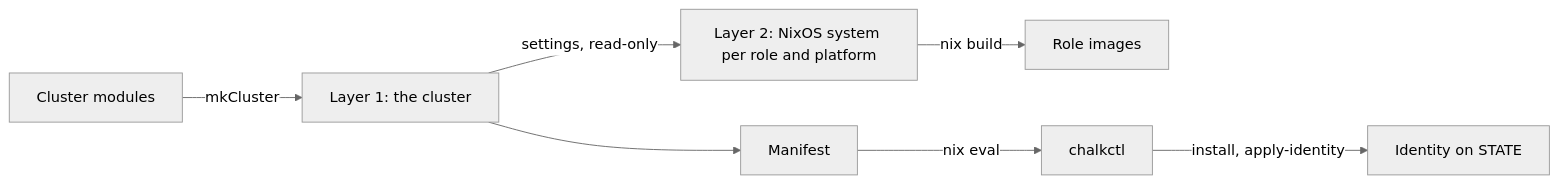
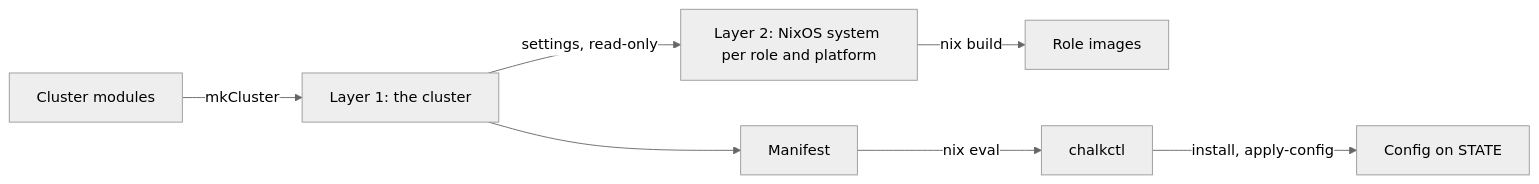
Before and after one commit to trevex/chalkos: the diagram in docs/concepts/cluster-definition.md, drawn with Mermaid (neutral theme). The commit also changed other lines of this file and 25 other files, not shown here.

````diff
--- a/docs/concepts/cluster-definition.md
+++ b/docs/concepts/cluster-definition.md
@@ -198,9 +200,9 @@
 ```mermaid
 flowchart LR
     modules["Cluster modules"] -->|mkCluster| layer1["Layer 1: the cluster"]
     layer1 -->|settings, read-only| layer2["Layer 2: NixOS system per role and platform"]
     layer2 -->|nix build| images["Role images"]
     layer1 --> manifest["Manifest"]
     manifest -->|nix eval| chalkctl
-    chalkctl -->|install, apply-identity| state["Identity on STATE"]
+    chalkctl -->|install, apply-config| state["Config on STATE"]
 ```
````
